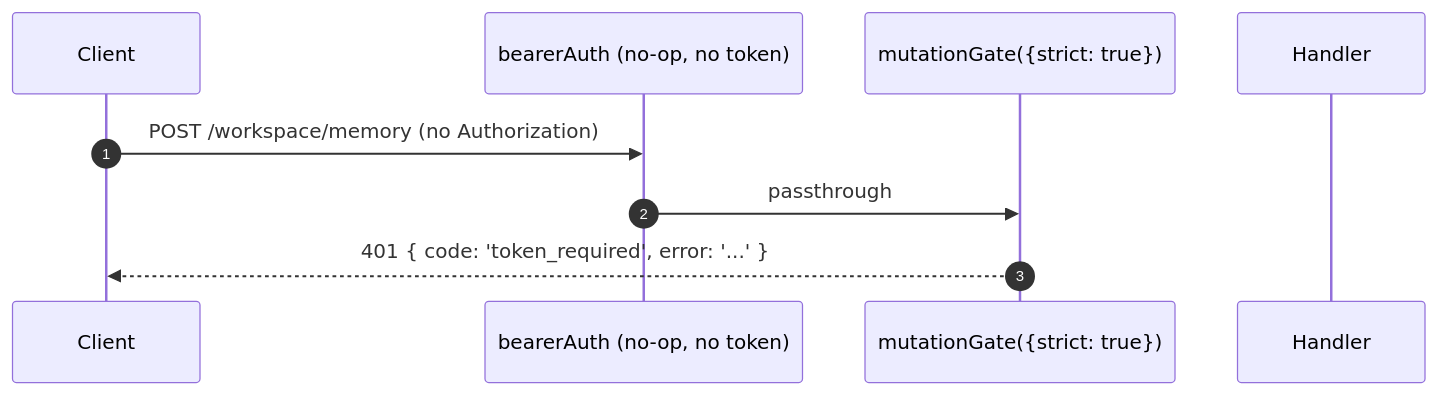
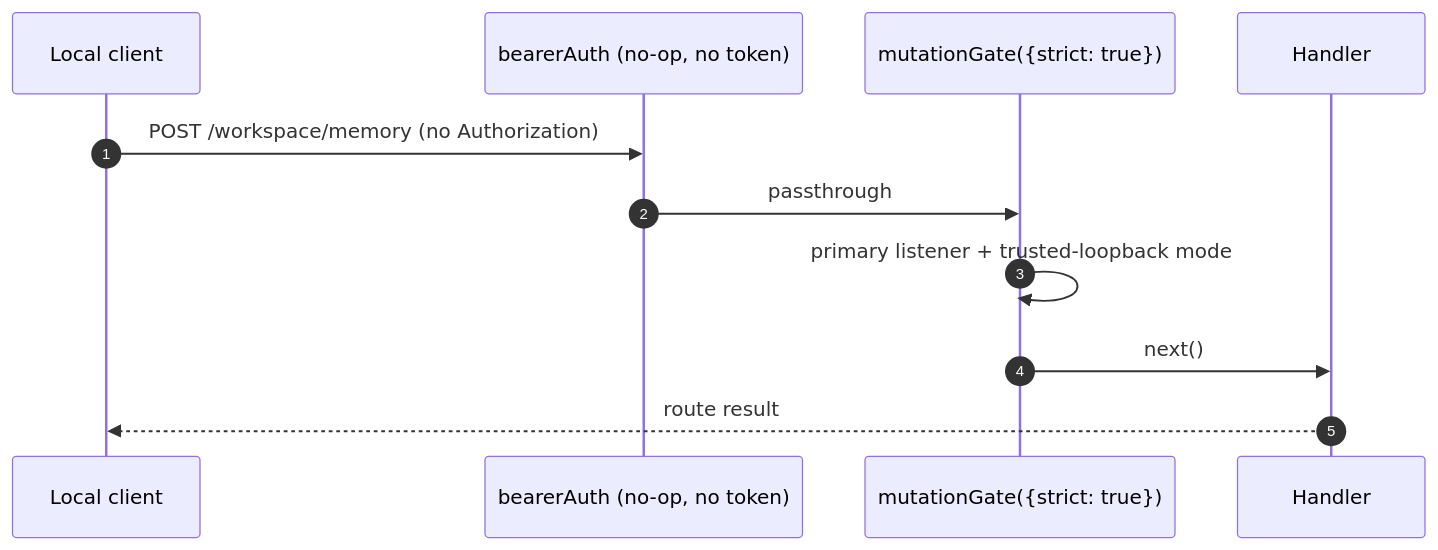
The fourth of 4 diagrams in docs/developers/daemon/12-auth-security.md (QwenLM/qwen-code), drawn with Mermaid before and after one commit. The commit also changed other lines of this file and 40 other files, not shown here.

````diff
--- a/docs/developers/daemon/12-auth-security.md
+++ b/docs/developers/daemon/12-auth-security.md
@@ -260,12 +263,14 @@
 ```mermaid
 sequenceDiagram
     autonumber
-    participant C as Client
+    participant C as Local client
     participant BA as bearerAuth (no-op, no token)
     participant MG as mutationGate({strict: true})
     participant R as Handler
 
     C->>BA: POST /workspace/memory (no Authorization)
     BA->>MG: passthrough
-    MG-->>C: 401 { code: 'token_required', error: '...' }
+    MG->>MG: primary listener + trusted-loopback mode
+    MG->>R: next()
+    R-->>C: route result
 ```
````
